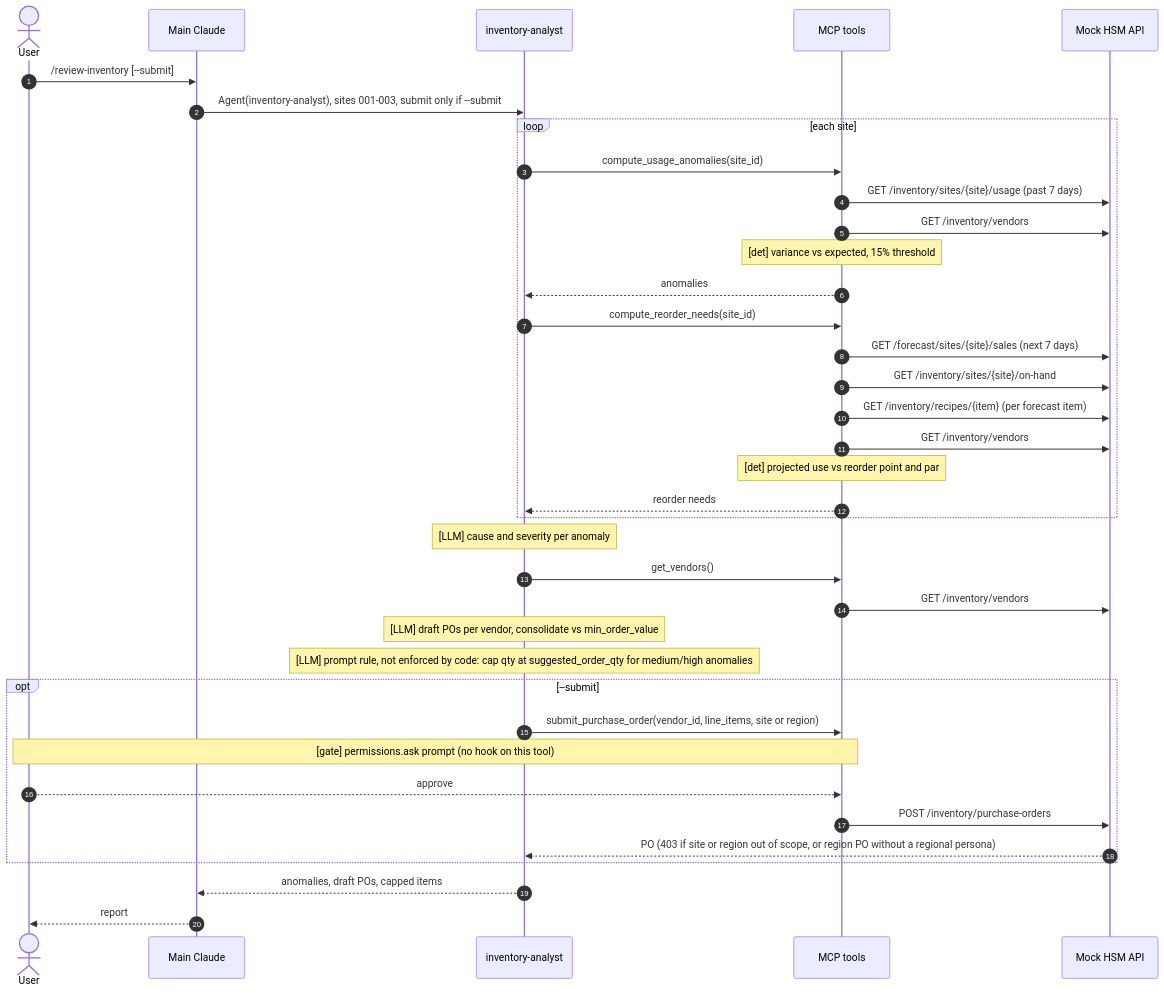
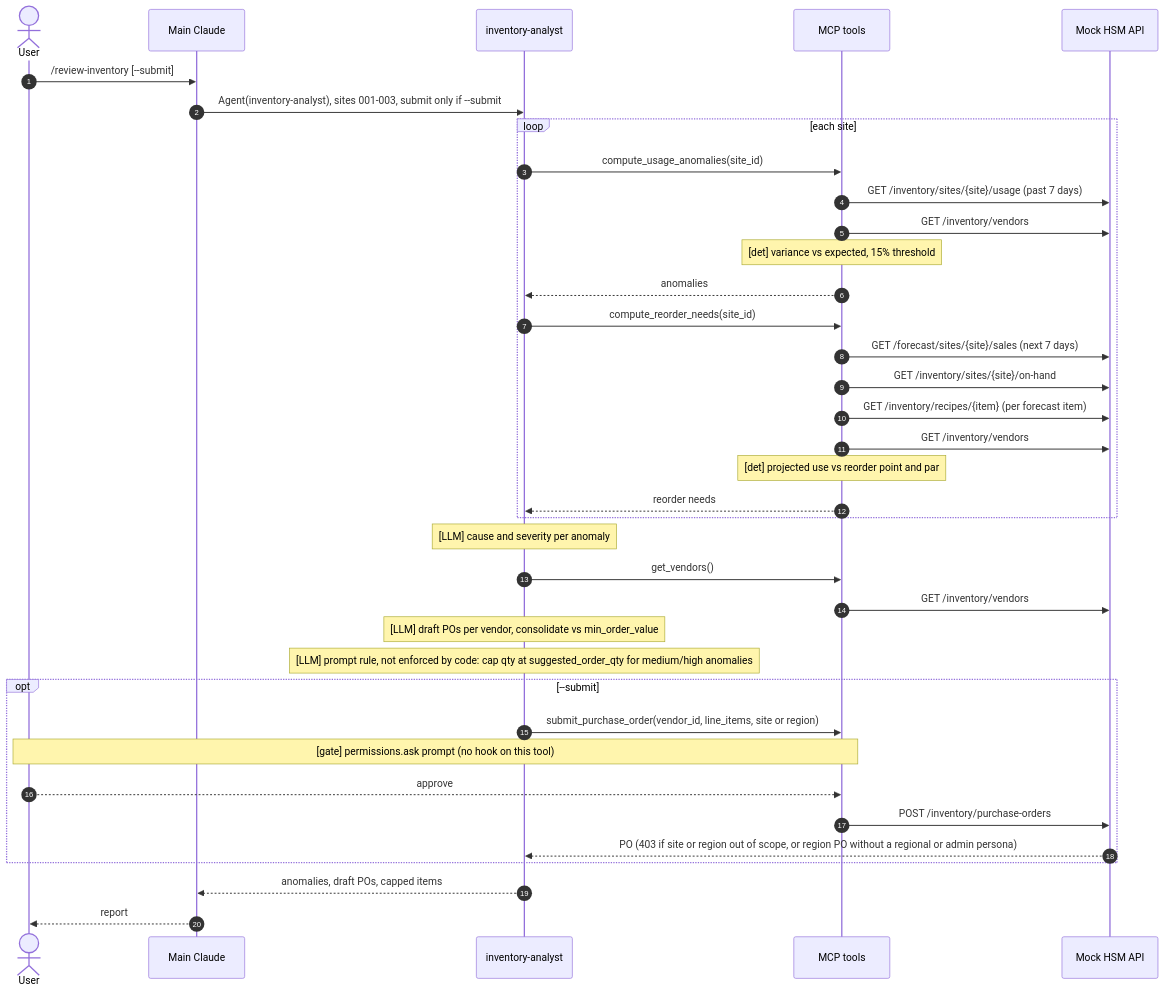
One commit to SaadsProjects/hsm-claude-code-cli changed the third of 4 diagrams in docs/ARCHITECTURE.md. Above: the diagram before and after it, drawn with Mermaid. The commit also changed other lines of this file and 8 other files, not shown here.

````diff
--- a/docs/ARCHITECTURE.md
+++ b/docs/ARCHITECTURE.md
@@ -94,40 +94,40 @@
 ```mermaid
 sequenceDiagram
     autonumber
     actor U as User
     participant MC as Main Claude
     participant IA as inventory-analyst
     participant T as MCP tools
     participant API as Mock HSM API
 
     U->>MC: /review-inventory [--submit]
     MC->>IA: Agent(inventory-analyst), sites 001-003, submit only if --submit
     loop each site
         IA->>T: compute_usage_anomalies(site_id)
         T->>API: GET /inventory/sites/{site}/usage (past 7 days)
         T->>API: GET /inventory/vendors
         Note over T: [det] variance vs expected, 15% threshold
         T-->>IA: anomalies
         IA->>T: compute_reorder_needs(site_id)
         T->>API: GET /forecast/sites/{site}/sales (next 7 days)
         T->>API: GET /inventory/sites/{site}/on-hand
         T->>API: GET /inventory/recipes/{item} (per forecast item)
         T->>API: GET /inventory/vendors
         Note over T: [det] projected use vs reorder point and par
         T-->>IA: reorder needs
     end
     Note over IA: [LLM] cause and severity per anomaly
     IA->>T: get_vendors()
     T->>API: GET /inventory/vendors
     Note over IA: [LLM] draft POs per vendor, consolidate vs min_order_value
     Note over IA: [LLM] prompt rule, not enforced by code: cap qty at suggested_order_qty for medium/high anomalies
     opt --submit
         IA->>T: submit_purchase_order(vendor_id, line_items, site or region)
         Note over U,T: [gate] permissions.ask prompt (no hook on this tool)
         U-->>T: approve
         T->>API: POST /inventory/purchase-orders
-        API-->>IA: PO (403 if site or region out of scope, or region PO without a regional persona)
+        API-->>IA: PO (403 if site or region out of scope, or region PO without a regional or admin persona)
     end
     IA-->>MC: anomalies, draft POs, capped items
     MC-->>U: report
 ```
````
